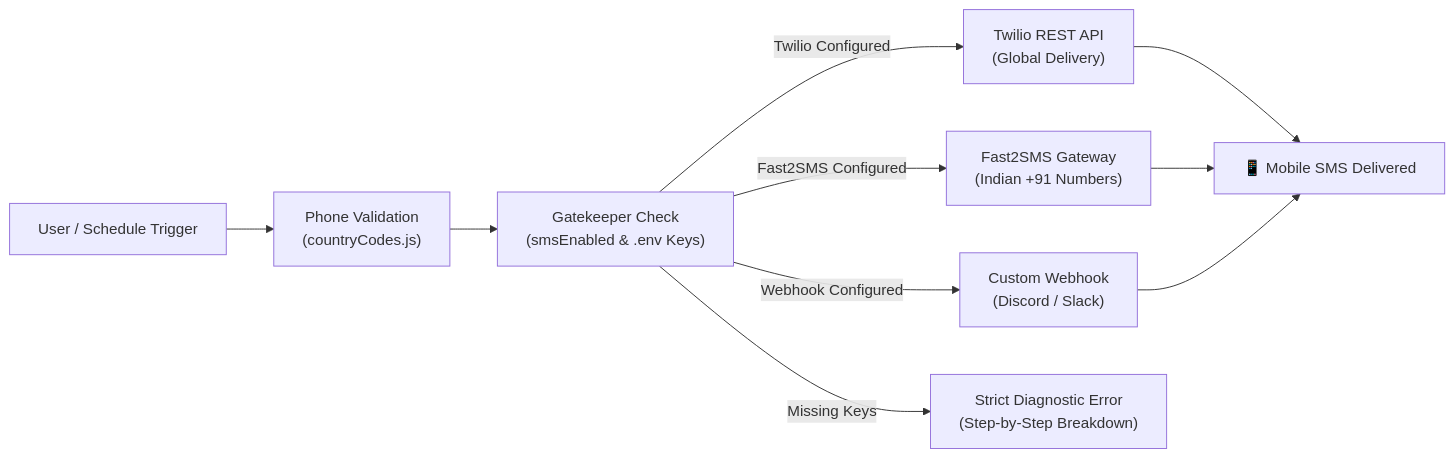
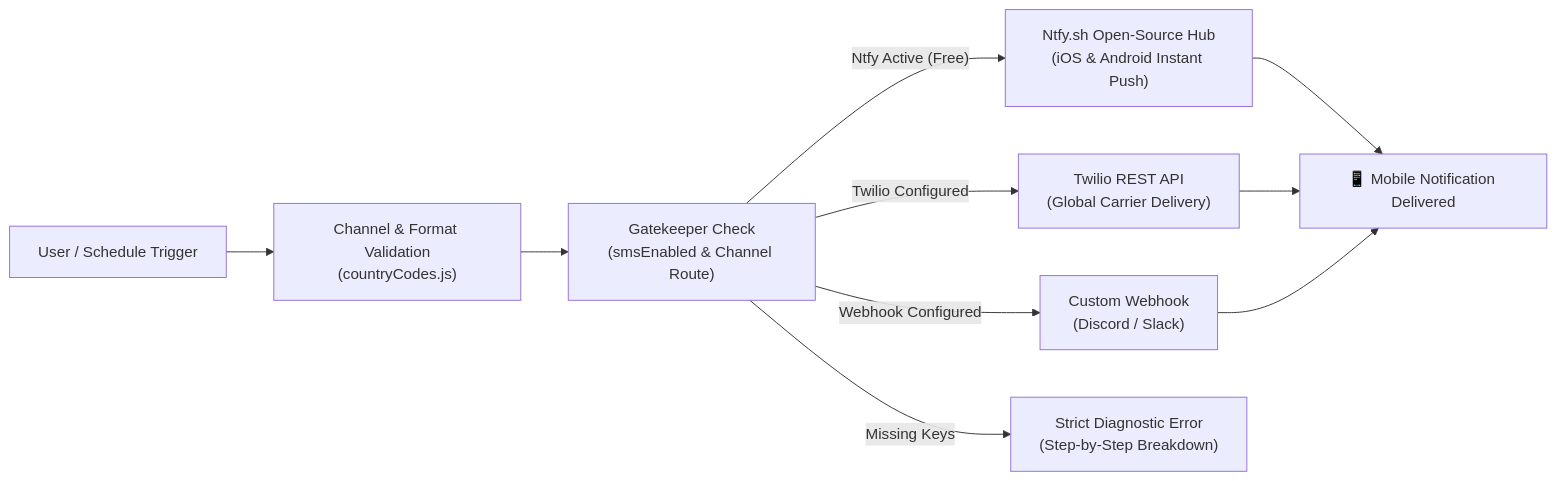
Before and after one commit to tiwari17aditya/taskpulse: the third of 3 diagrams in docs/TECH_STACK.md, drawn with Mermaid. The commit also changed other lines of this file and 4 other files, not shown here.

Commit message:
refactor(purge): completely remove Fast2SMS carrier code and environment references in favor of 100% free open-source Ntfy.sh

````diff
--- a/docs/TECH_STACK.md
+++ b/docs/TECH_STACK.md
@@ -193,12 +192,12 @@
 ```mermaid
 flowchart LR
-    UserTrigger["User / Schedule Trigger"] --> Val["Phone Validation\n(countryCodes.js)"]
-    Val --> Check["Gatekeeper Check\n(smsEnabled & .env Keys)"]
+    UserTrigger["User / Schedule Trigger"] --> Val["Channel & Format Validation\n(countryCodes.js)"]
+    Val --> Check["Gatekeeper Check\n(smsEnabled & Channel Route)"]
     
-    Check -- "Twilio Configured" --> Twilio["Twilio REST API\n(Global Delivery)"]
-    Check -- "Fast2SMS Configured" --> Fast2SMS["Fast2SMS Gateway\n(Indian +91 Numbers)"]
+    Check -- "Ntfy Active (Free)" --> Ntfy["Ntfy.sh Open-Source Hub\n(iOS & Android Instant Push)"]
+    Check -- "Twilio Configured" --> Twilio["Twilio REST API\n(Global Carrier Delivery)"]
     Check -- "Webhook Configured" --> Webhook["Custom Webhook\n(Discord / Slack)"]
     Check -- "Missing Keys" --> Err["Strict Diagnostic Error\n(Step-by-Step Breakdown)"]
     
-    Twilio & Fast2SMS & Webhook --> Delivered["📱 Mobile SMS Delivered"]
+    Ntfy & Twilio & Webhook --> Delivered["📱 Mobile Notification Delivered"]
 ```
````
